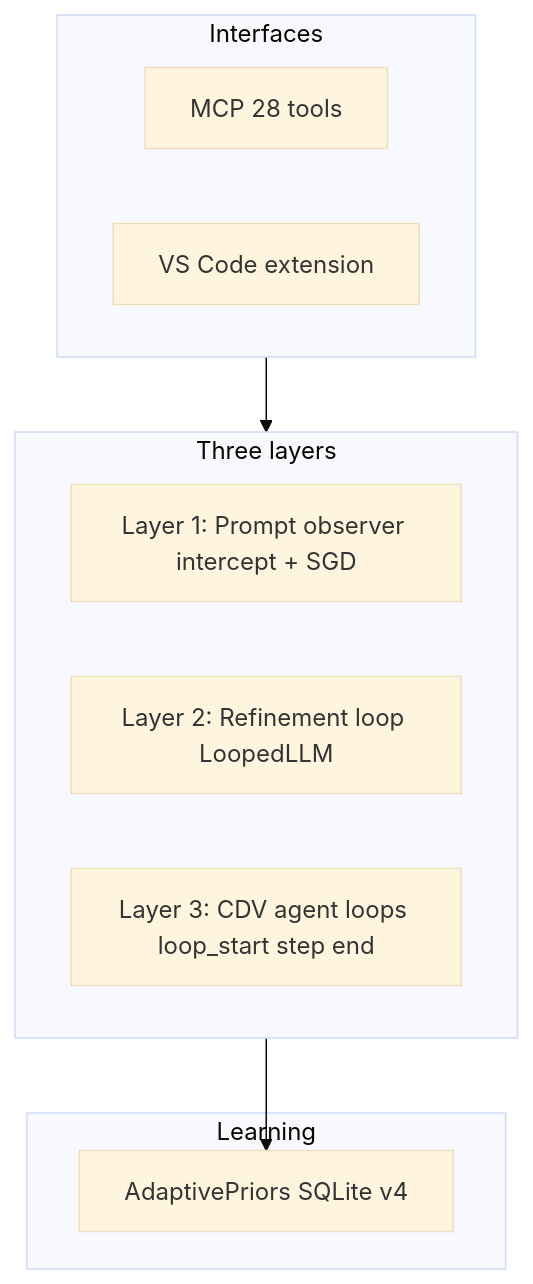
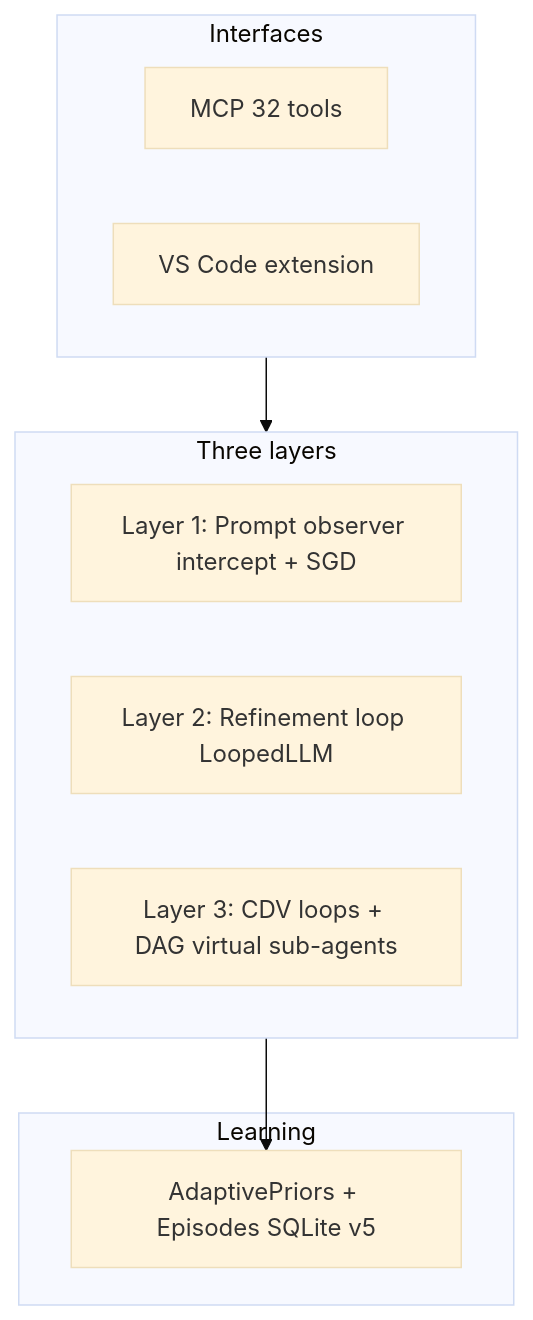
One commit to azank1/loop-llm changed the diagram in README.md. Above: the diagram before and after it, drawn with Mermaid (base theme). The commit also changed other lines of this file and 14 other files, not shown here.

First line of the commit message:
feat: episodic memory and DAG virtual sub-agents (v0.9.0)

````diff
--- a/README.md
+++ b/README.md
@@ -37,17 +53,17 @@
 ```mermaid
 flowchart TB
   subgraph interfaces [Interfaces]
-    MCP[MCP 28 tools]
+    MCP[MCP 32 tools]
     Ext[VS Code extension]
   end
   subgraph layers [Three layers]
     L1[Layer 1: Prompt observer intercept + SGD]
     L2[Layer 2: Refinement loop LoopedLLM]
-    L3[Layer 3: CDV agent loops loop_start step end]
+    L3[Layer 3: CDV loops + DAG virtual sub-agents]
   end
   subgraph learn [Learning]
-    Priors[AdaptivePriors SQLite v4]
+    Priors[AdaptivePriors + Episodes SQLite v5]
   end
   interfaces --> layers
   layers --> Priors
 ```
````
